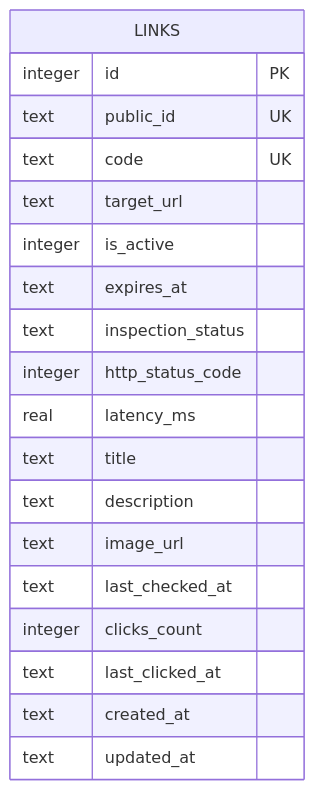
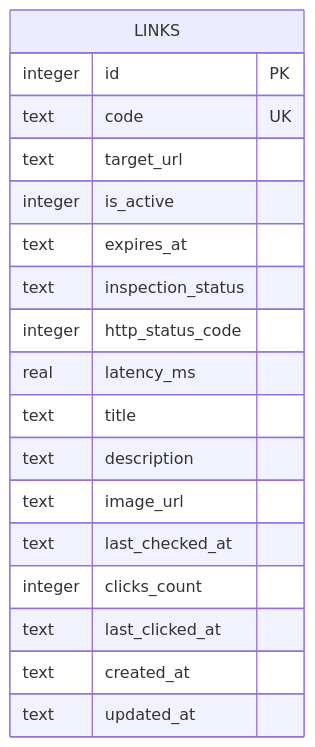
One commit to sasadangelo/fasturl changed the diagram in docs/db-design.md. Above: the diagram before and after it, drawn with Mermaid. The commit also changed other lines of this file and 5 other files, not shown here.

````diff
--- a/docs/db-design.md
+++ b/docs/db-design.md
@@ -9,22 +9,21 @@
 ```mermaid
 erDiagram
     LINKS {
         integer id PK
-        text public_id UK
         text code UK
         text target_url
         integer is_active
         text expires_at
         text inspection_status
         integer http_status_code
         real latency_ms
         text title
         text description
         text image_url
         text last_checked_at
         integer clicks_count
         text last_clicked_at
         text created_at
         text updated_at
     }
 ```
````
